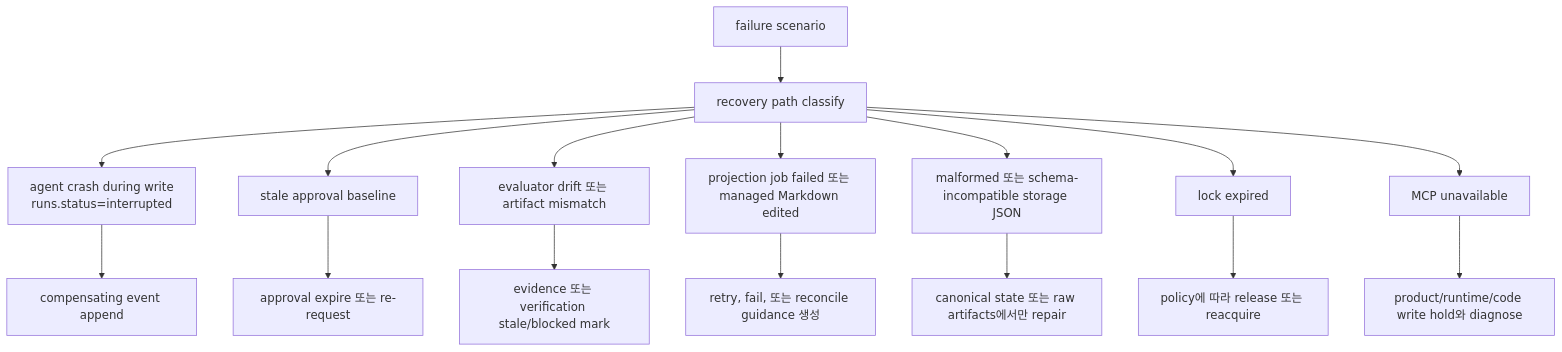
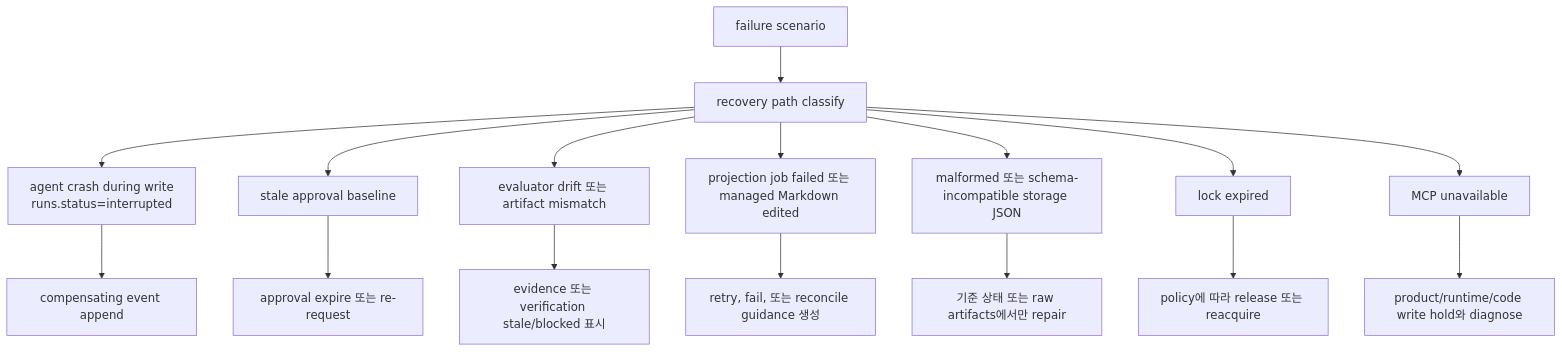
Before and after one commit to minjungw00/Harness_Project: the ninth of 15 diagrams in docs/ko/reference/operations-and-conformance.md, drawn with Mermaid. The commit also changed other lines of this file and 21 other files, not shown here.

````diff
--- a/docs/ko/reference/operations-and-conformance.md
+++ b/docs/ko/reference/operations-and-conformance.md
@@ -340,18 +340,18 @@
 ```mermaid
 flowchart TD
   Scenario["failure scenario"] --> Classify["recovery path classify"]
   Classify --> Interrupted["agent crash during write<br/>runs.status=interrupted"]
   Classify --> Baseline["stale approval baseline"]
   Classify --> Evidence["evaluator drift 또는 artifact mismatch"]
   Classify --> Projection["projection job failed 또는 managed Markdown edited"]
   Classify --> Storage["malformed 또는 schema-incompatible storage JSON"]
   Classify --> Lock["lock expired"]
   Classify --> MCP["MCP unavailable"]
   Interrupted --> Event["compensating event append"]
   Baseline --> Approval["approval expire 또는 re-request"]
-  Evidence --> Stale["evidence 또는 verification stale/blocked mark"]
+  Evidence --> Stale["evidence 또는 verification stale/blocked 표시"]
   Projection --> Recon["retry, fail, 또는 reconcile guidance 생성"]
-  Storage --> Repair["canonical state 또는 raw artifacts에서만 repair"]
+  Storage --> Repair["기준 상태 또는 raw artifacts에서만 repair"]
   Lock --> Release["policy에 따라 release 또는 reacquire"]
   MCP --> Hold["product/runtime/code write hold와 diagnose"]
 ```
````
